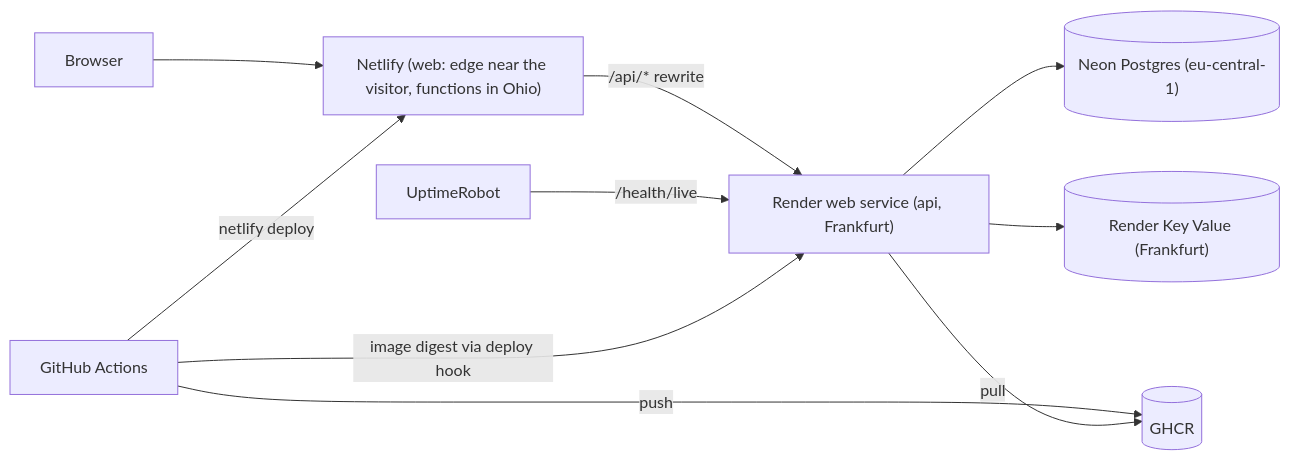
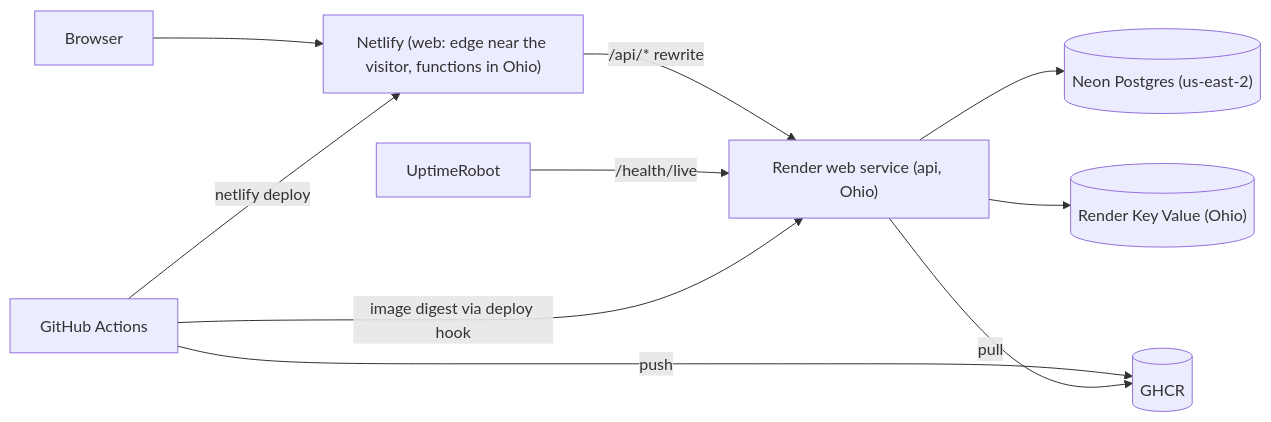
The diagram in docs/deployment.md (Vladimir0087/clientry), drawn with Mermaid before and after one commit. The commit also changed other lines of this file and 5 other files, not shown here.

````diff
--- a/docs/deployment.md
+++ b/docs/deployment.md
@@ -9,12 +10,12 @@
 ```mermaid
 flowchart LR
   browser[Browser] --> netlify["Netlify (web: edge near the visitor, functions in Ohio)"]
-  netlify -- "/api/* rewrite" --> render["Render web service (api, Frankfurt)"]
-  render --> neon[("Neon Postgres (eu-central-1)")]
-  render --> valkey[("Render Key Value (Frankfurt)")]
+  netlify -- "/api/* rewrite" --> render["Render web service (api, Ohio)"]
+  render --> neon[("Neon Postgres (us-east-2)")]
+  render --> valkey[("Render Key Value (Ohio)")]
   pinger[UptimeRobot] -- "/health/live" --> render
   ci[GitHub Actions] -- "image digest via deploy hook" --> render
   ci -- "netlify deploy" --> netlify
   ci -- "push" --> ghcr[(GHCR)]
   render -- "pull" --> ghcr
 ```
````
